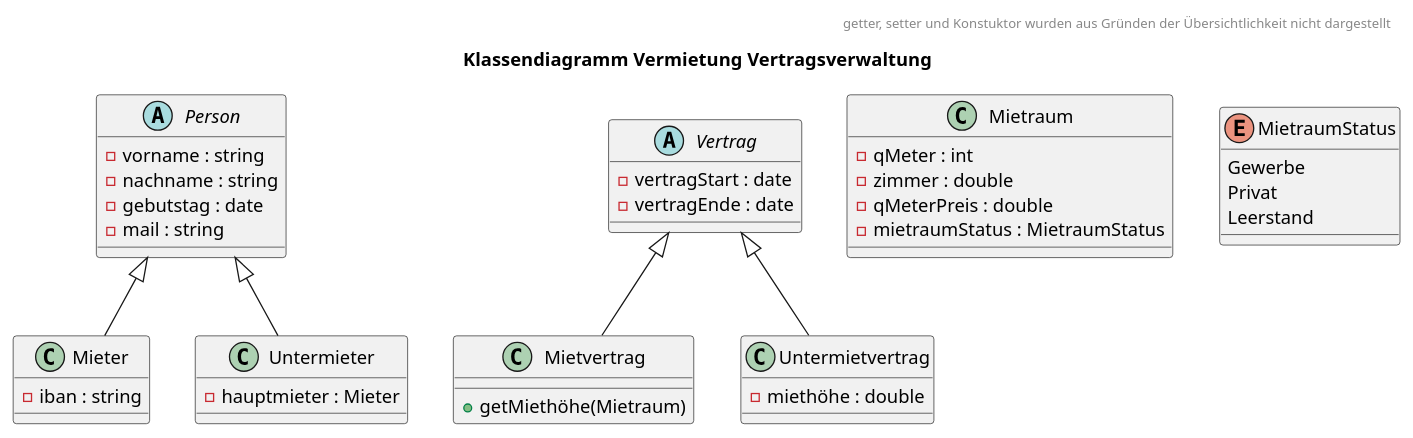
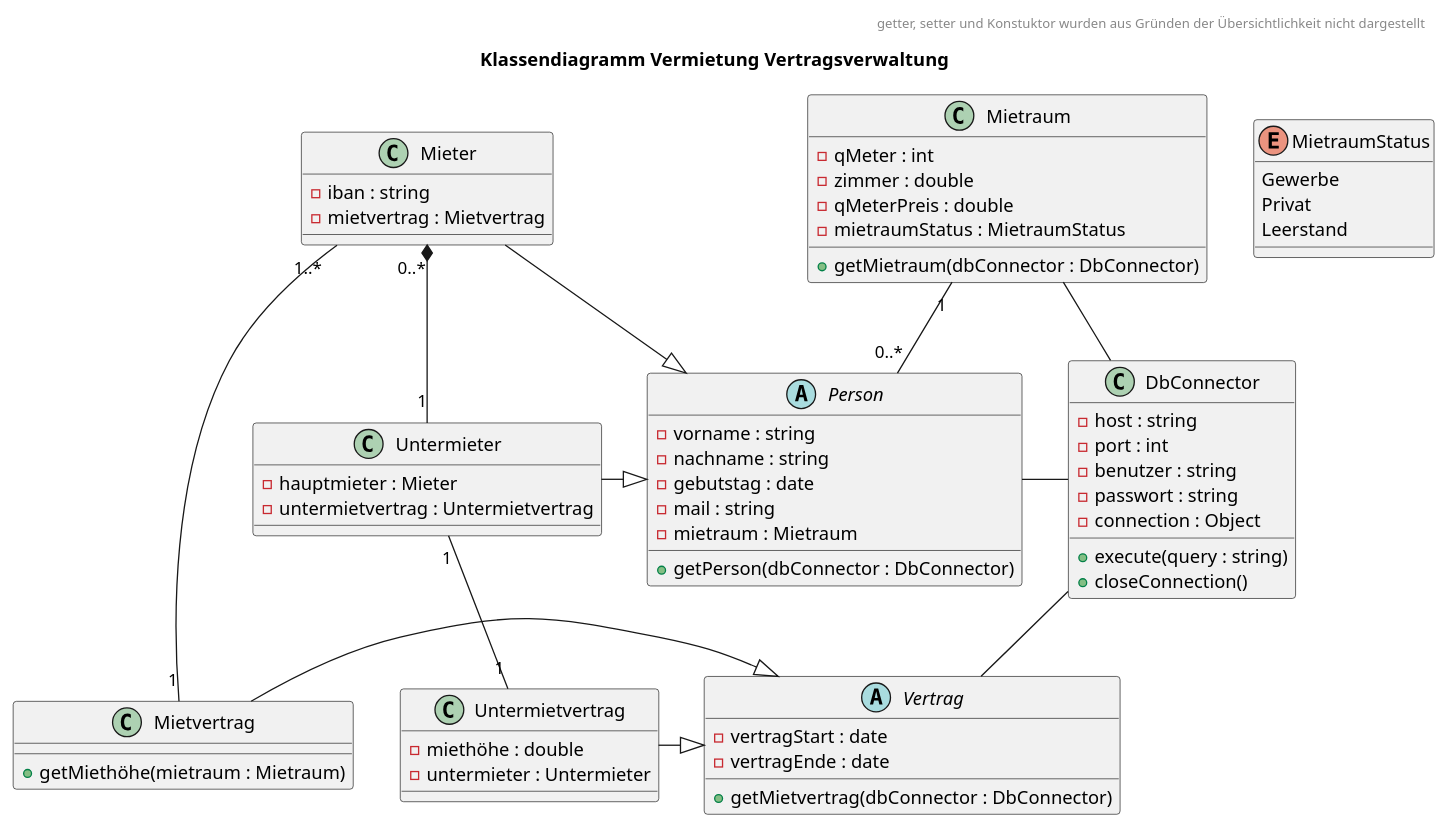
Before and after one commit to The8Monkey/Moderne-Softwareentwicklung: the diagram in uml/VermietungKD.wsd, drawn with PlantUML. The commit also changed 1 other file, not shown here.

```diff
--- a/uml/VermietungKD.wsd
+++ b/uml/VermietungKD.wsd
@@ -1,53 +1,80 @@
 @startuml
 title
 Klassendiagramm Vermietung Vertragsverwaltung
 end title
 
 header getter, setter und Konstuktor wurden aus Gründen der Übersichtlichkeit nicht dargestellt
 
 abstract Vertrag {
     -vertragStart : date
     -vertragEnde : date
+    +getMietvertrag(dbConnector : DbConnector)
 }
 
 class Mietvertrag {
-    +getMiethöhe(Mietraum)
+    +getMiethöhe(mietraum : Mietraum)
 }
 
 class Untermietvertrag {
     -miethöhe : double
+    -untermieter : Untermieter
 }
 
 abstract Person {
     -vorname : string
     -nachname : string
     -gebutstag : date
     -mail : string
+    -mietraum : Mietraum
+    +getPerson(dbConnector : DbConnector)
 }
 
 class Mieter {
     -iban : string
+    -mietvertrag : Mietvertrag
 }
 
 class Untermieter {
     -hauptmieter : Mieter
+    -untermietvertrag : Untermietvertrag
 }
 
 class Mietraum {
     -qMeter : int
     -zimmer : double
     -qMeterPreis : double
     -mietraumStatus : MietraumStatus
+    +getMietraum(dbConnector : DbConnector)
 }
 
 enum MietraumStatus {
     Gewerbe
     Privat
     Leerstand
 }
 
-Mietvertrag -up-|> Vertrag
-Untermietvertrag -up-|> Vertrag
-Mieter -up-|> Person
-Untermieter -up-|> Person
+class DbConnector {
+    -host : string
+    -port : int
+    -benutzer : string
+    -passwort : string
+    -connection : Object
+    +execute(query : string)
+    +closeConnection()
+}
+
+' Vererbungen
+Mietvertrag -|> Vertrag
+Untermietvertrag -|> Vertrag
+Mieter -|> Person
+Untermieter -|> Person
+
+' Assoziationen
+Mieter "0..*"*--"1" Untermieter
+Untermieter "1"--"1" Untermietvertrag
+Mieter "1..*"--"1" Mietvertrag
+Mietraum "1"--"0..*" Person 
+Mietraum -- DbConnector
+Person -right- DbConnector
+Vertrag -up- DbConnector
 @enduml
```
